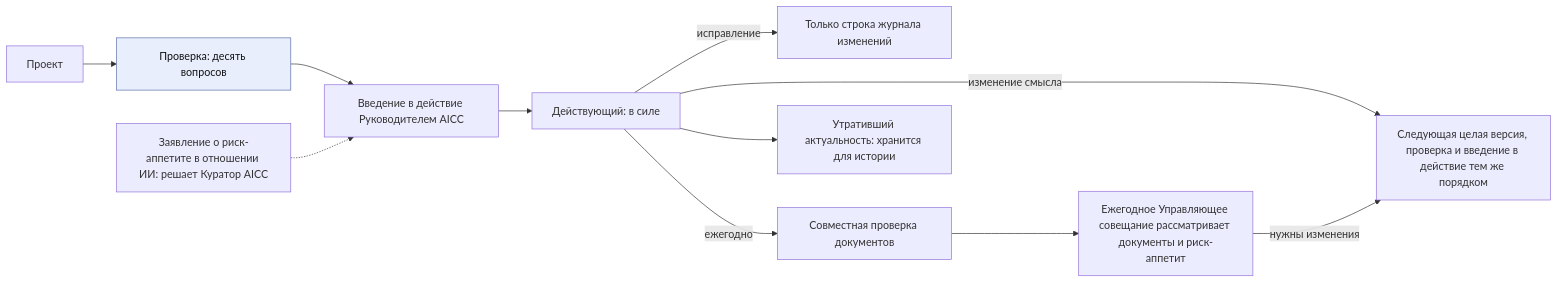
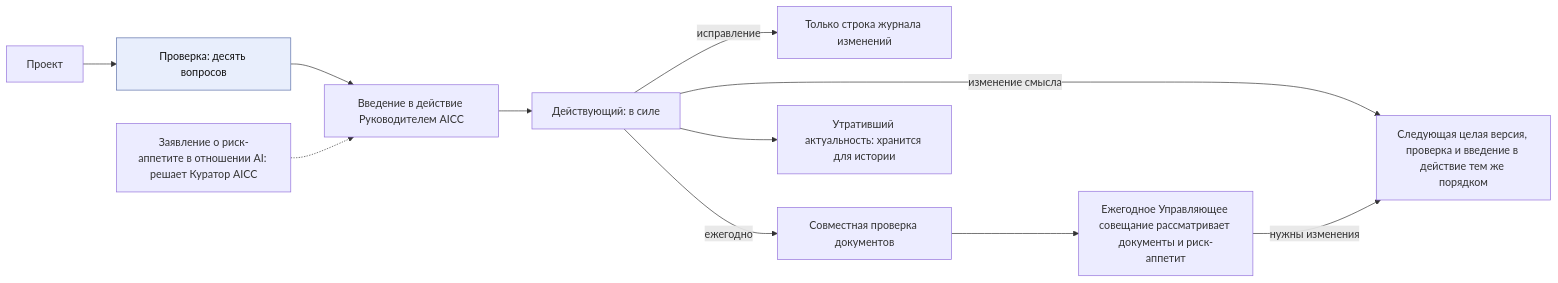
The sixth of 6 diagrams in charter/ru/workflows/unit-governance.md (devhogu/ob-aicc), drawn with Mermaid before and after one commit. The commit also changed other lines of this file and 768 other files, not shown here.

````diff
--- a/charter/ru/workflows/unit-governance.md
+++ b/charter/ru/workflows/unit-governance.md
@@ -170,12 +170,12 @@
 ```mermaid
 flowchart LR
   D["Проект"] --> K["Проверка: десять вопросов"] --> A["Введение в действие Руководителем AICC"] --> V["Действующий: в силе"]
-  AP["Заявление о риск-аппетите в отношении ИИ: решает Куратор AICC"] -.-> A
+  AP["Заявление о риск-аппетите в отношении AI: решает Куратор AICC"] -.-> A
   V -->|"изменение смысла"| N["Следующая целая версия, проверка и введение в действие тем же порядком"]
   V -->|"исправление"| CL["Только строка журнала изменений"]
   V -->|"ежегодно"| Y["Совместная проверка документов"] --> YS["Ежегодное Управляющее совещание рассматривает документы и риск-аппетит"]
   YS -->|"нужны изменения"| N
   V --> DP["Утративший актуальность: хранится для истории"]
   classDef gate fill:#e8eefc,stroke:#5a6fa8,color:#111
   class K gate
 ```
````
